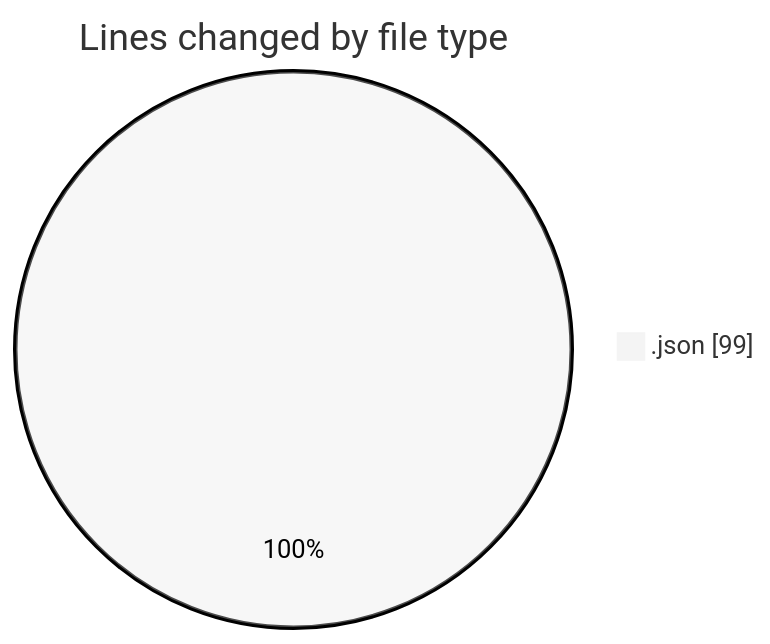
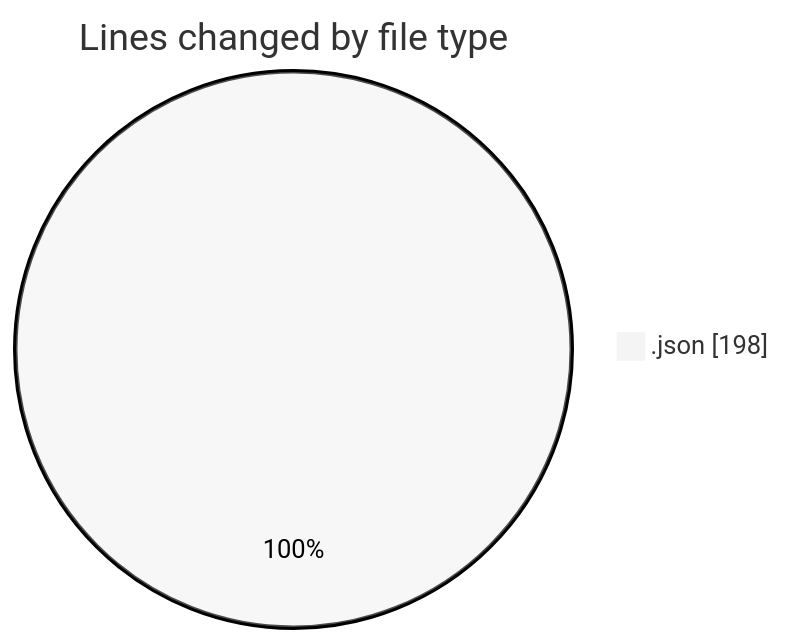
Before and after one commit to yexinjia/code-tracking: the first of 2 diagrams in 2026-09-04/mono-test/README.md, drawn with Mermaid (neutral theme). The commit also changed other lines of this file and 1 other file, not shown here.

````diff
--- a/2026-09-04/mono-test/README.md
+++ b/2026-09-04/mono-test/README.md
@@ -20,5 +20,5 @@
 ```mermaid
 pie showData
 title Lines changed by file type
-".json" : 99
+".json" : 198
 ```
````
